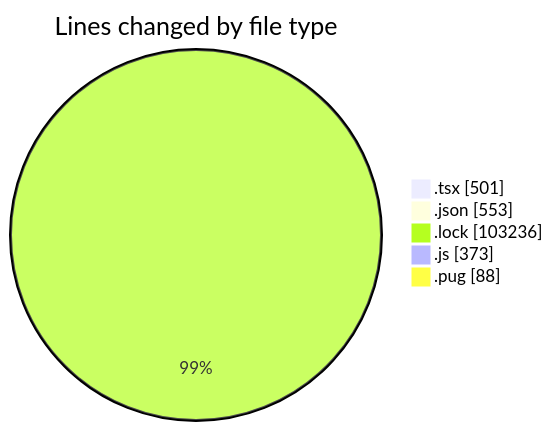
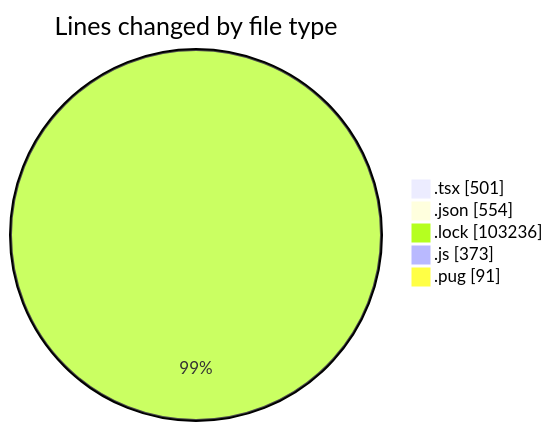
Before and after one commit to momahboobian/code-tracking: the first of 2 diagrams in 2025-03-10/cda/README.md, drawn with Mermaid. The commit also changed other lines of this file and 1 other file, not shown here.

````diff
--- a/2025-03-10/cda/README.md
+++ b/2025-03-10/cda/README.md
@@ -45,9 +45,9 @@
 ```mermaid
 pie showData
 title Lines changed by file type
 ".tsx" : 501
-".json" : 553
+".json" : 554
 ".lock" : 103236
 ".js" : 373
-".pug" : 88
+".pug" : 91
 ```
````
